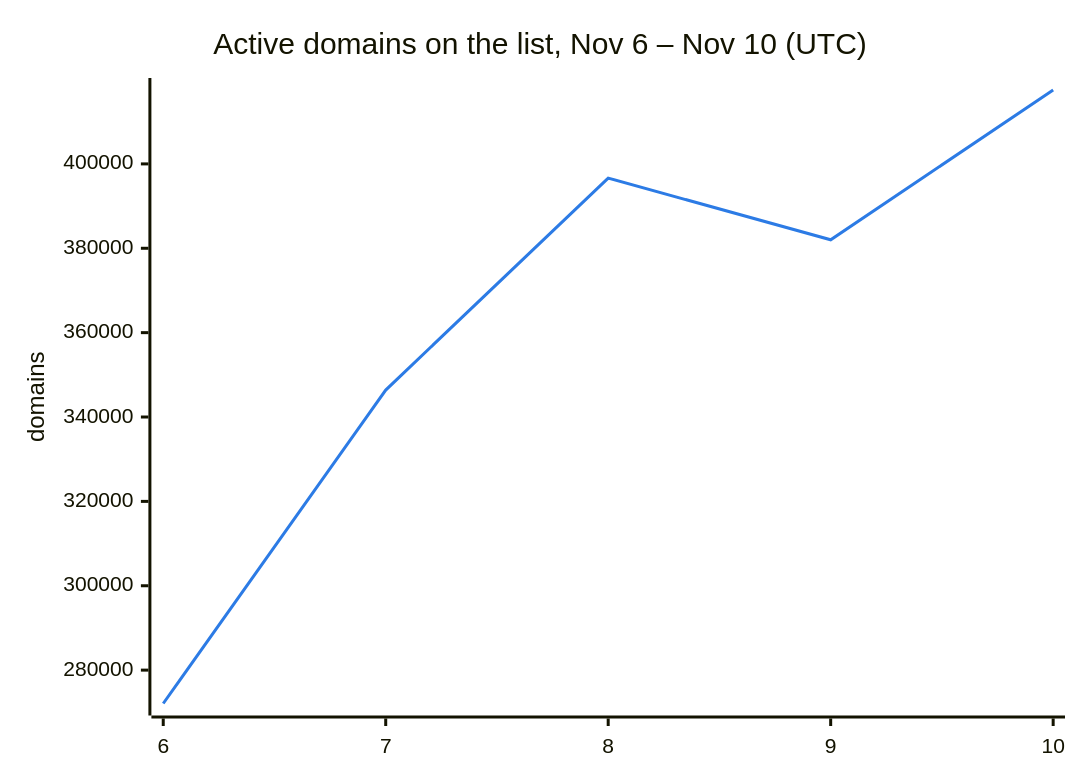
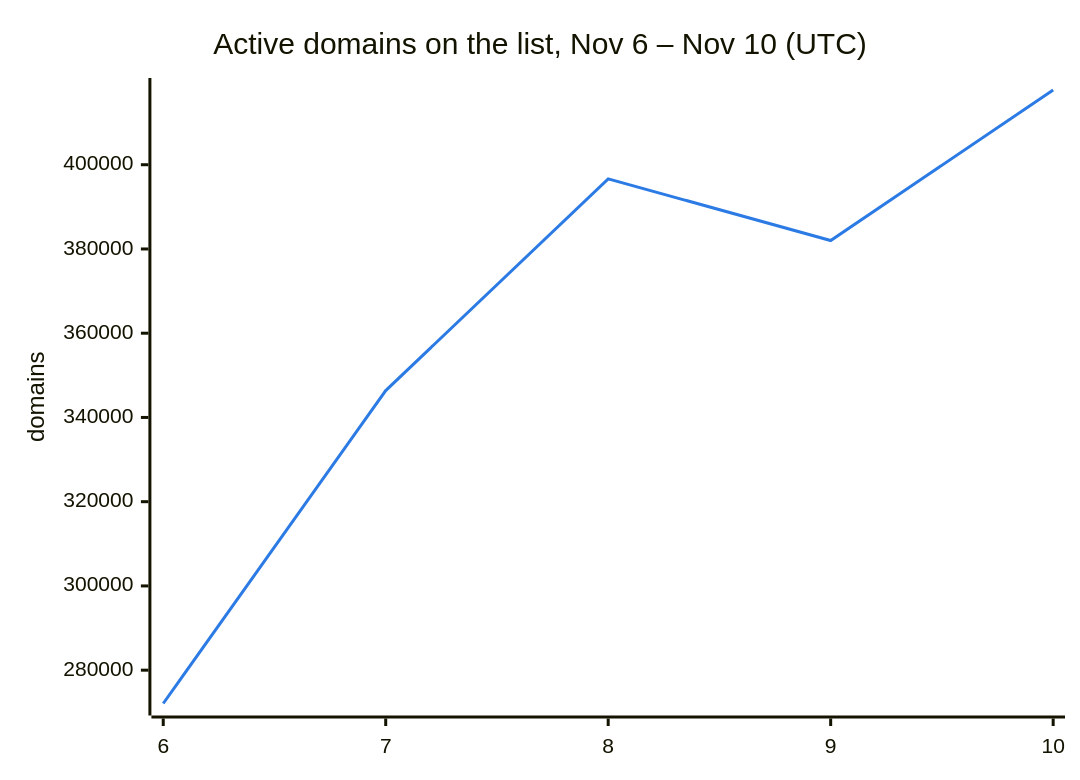
Before and after one commit to DNSBunker/CTI: the second of 3 diagrams in README.md, drawn with Mermaid. The commit also changed other lines of this file and 3 other files, not shown here.

````diff
--- a/README.md
+++ b/README.md
@@ -38,8 +38,8 @@
 ```mermaid
 %%{init: {"themeVariables": {"xyChart": {"plotColorPalette": "#2c7be5"}}}}%%
 xychart-beta
     title "Active domains on the list, Nov 6 – Nov 10 (UTC)"
     x-axis ["6", "7", "8", "9", "10"]
     y-axis "domains"
-    line [272088, 346388, 396638, 382009, 417519]
+    line [272088, 346388, 396638, 382009, 417741]
 ```
````
